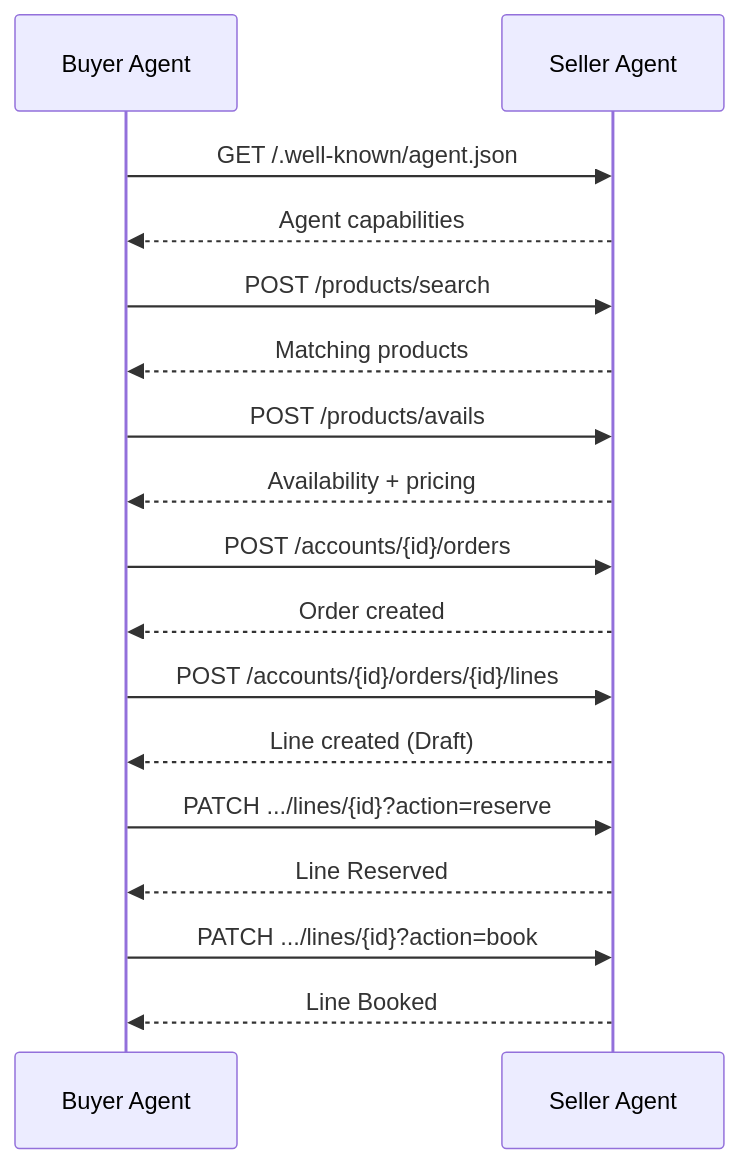
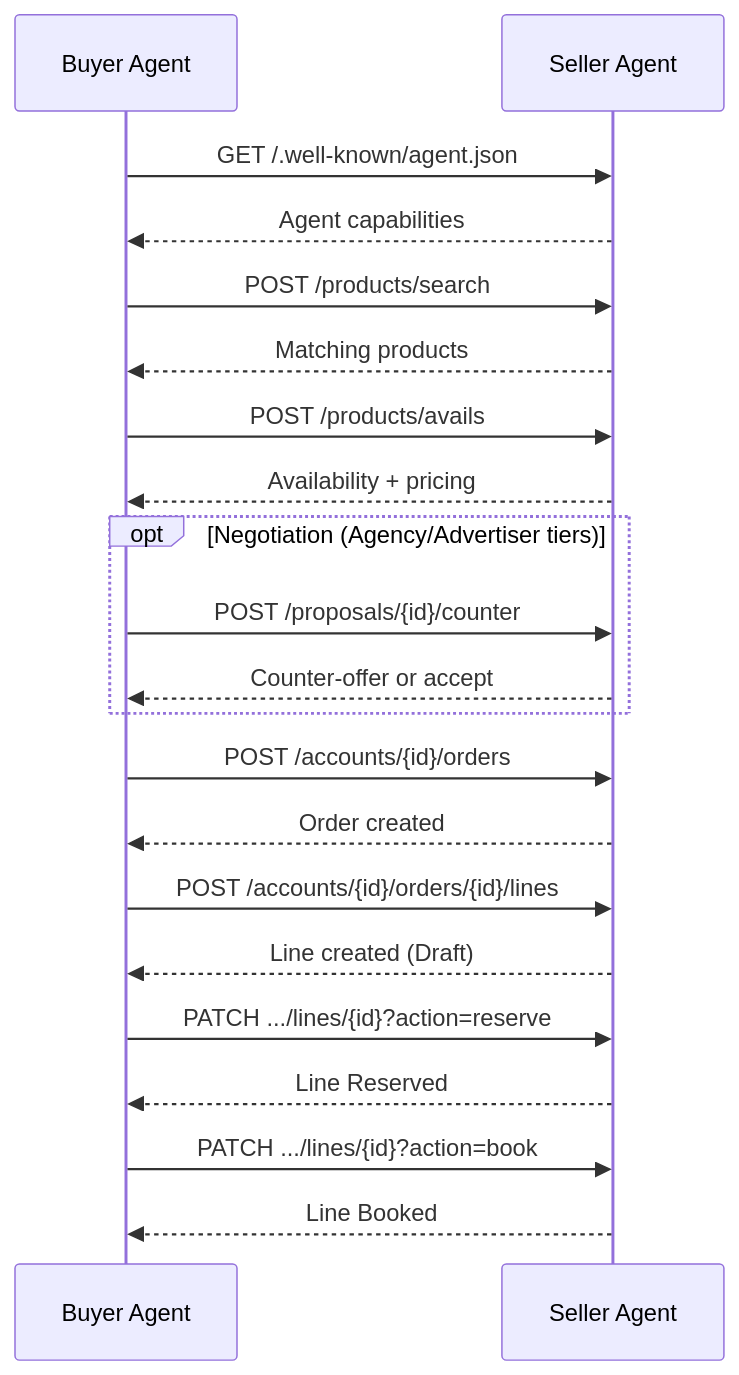
One commit to arkevo/buyer-agent changed the diagram in docs/integration/seller-agent.md. Above: the diagram before and after it, drawn with Mermaid. The commit also changed other lines of this file and 9 other files, not shown here.

````diff
--- a/docs/integration/seller-agent.md
+++ b/docs/integration/seller-agent.md
@@ -86,26 +96,31 @@
 ```mermaid
 sequenceDiagram
     participant Buyer as Buyer Agent
     participant Seller as Seller Agent
 
     Buyer->>Seller: GET /.well-known/agent.json
     Seller-->>Buyer: Agent capabilities
 
     Buyer->>Seller: POST /products/search
     Seller-->>Buyer: Matching products
 
     Buyer->>Seller: POST /products/avails
     Seller-->>Buyer: Availability + pricing
 
+    opt Negotiation (Agency/Advertiser tiers)
+        Buyer->>Seller: POST /proposals/{id}/counter
+        Seller-->>Buyer: Counter-offer or accept
+    end
+
     Buyer->>Seller: POST /accounts/{id}/orders
     Seller-->>Buyer: Order created
 
     Buyer->>Seller: POST /accounts/{id}/orders/{id}/lines
     Seller-->>Buyer: Line created (Draft)
 
     Buyer->>Seller: PATCH .../lines/{id}?action=reserve
     Seller-->>Buyer: Line Reserved
 
     Buyer->>Seller: PATCH .../lines/{id}?action=book
     Seller-->>Buyer: Line Booked
 ```
````
